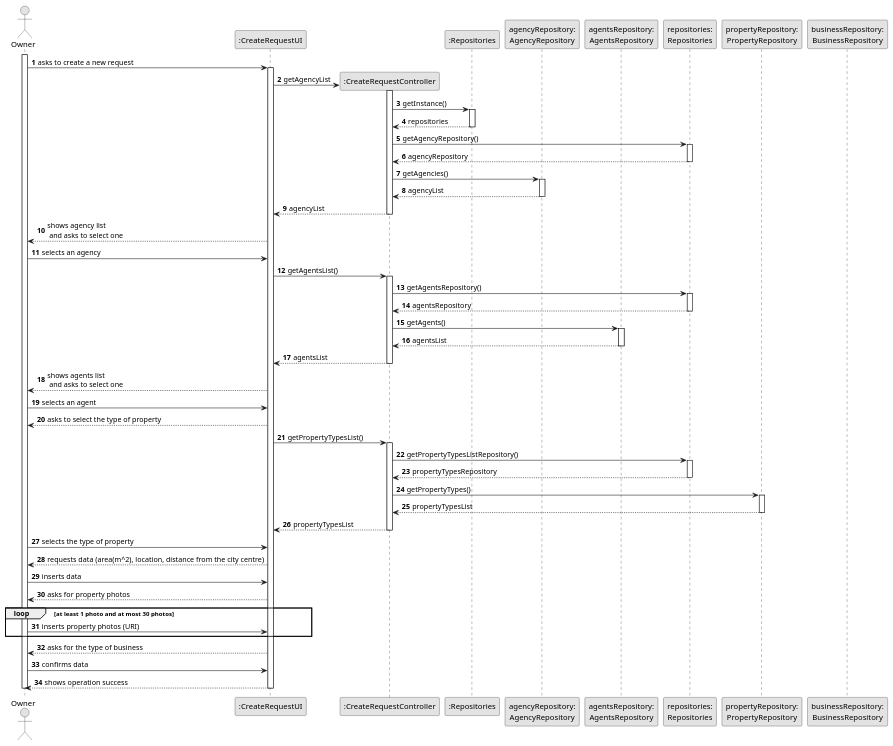
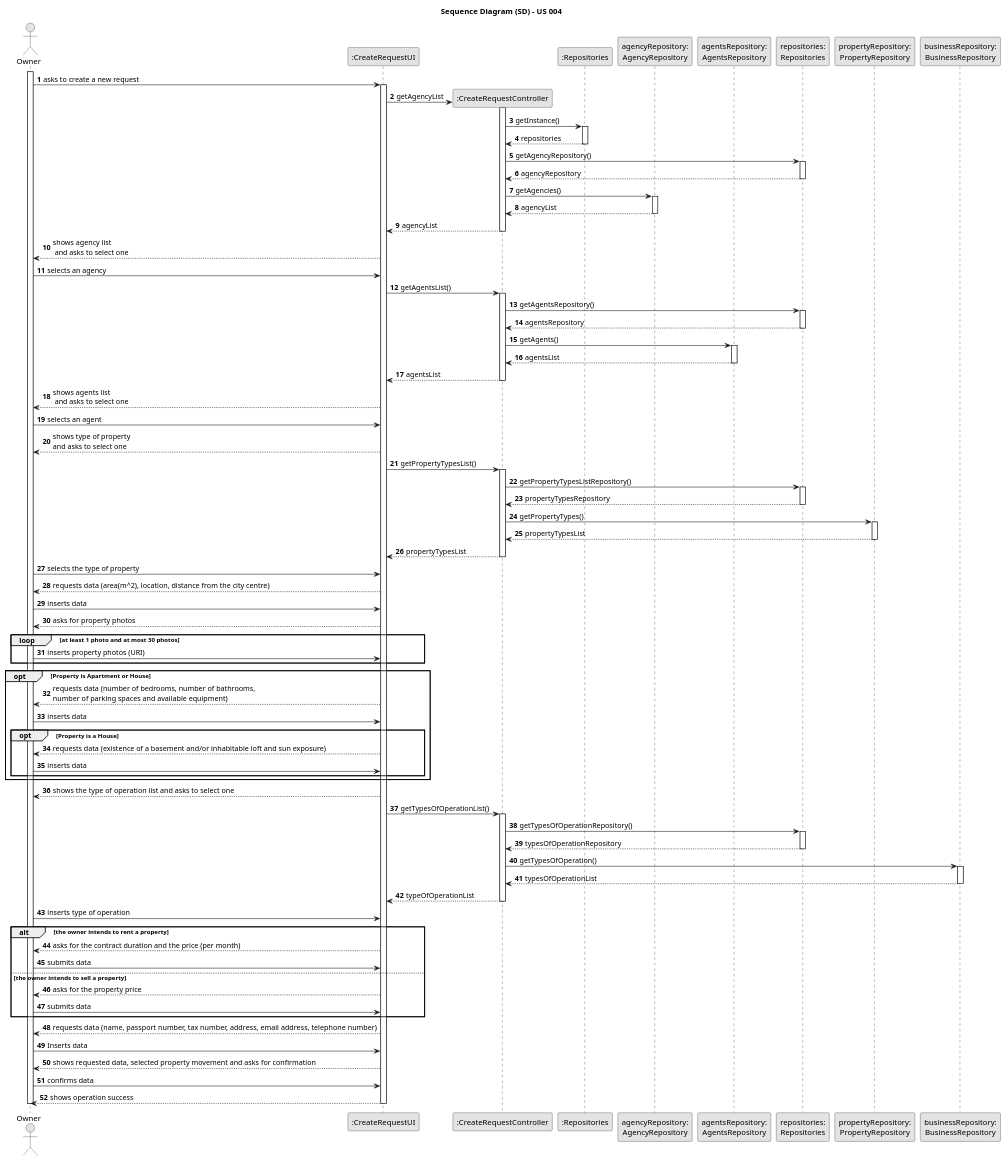
One commit to 1220812/LAPR2 changed the diagram in docs/sprintB/us004/03.design/puml/us004-sequence-diagram-full.puml. Above: the diagram before and after it, drawn with PlantUML.

Commit message:
Sequence diagram almost done - US 004

```diff
--- a/docs/sprintB/us004/03.design/puml/us004-sequence-diagram-full.puml
+++ b/docs/sprintB/us004/03.design/puml/us004-sequence-diagram-full.puml
@@ -1,139 +1,174 @@
 @startuml
 skinparam monochrome true
 skinparam packageStyle rectangle
 skinparam shadowing false
 
 autonumber
-
+title Sequence Diagram (SD) - US 004
 'hide footbox
 actor "Owner" as Owner
 participant ":CreateRequestUI" as UI
 participant ":CreateRequestController" as CTRL
 participant ":Repositories" as Repositories
 participant "repositories:\nRepositories" as RR
 participant "agencyRepository:\nAgencyRepository" as AgencyR
 participant "agentsRepository:\nAgentsRepository" as AgentR
 participant "requestRepository:\nAnnouncementRepository" as RR
 participant "propertyRepository:\nPropertyRepository" as PR
 participant "businessRepository:\nBusinessRepository" as BR
 
 activate Owner
 
         Owner -> UI : asks to create a new request
 
         activate UI
 
             UI -> CTRL** : getAgencyList
             activate CTRL
 
                 CTRL -> Repositories : getInstance()
                 activate Repositories
 
                     Repositories --> CTRL: repositories
                 deactivate Repositories
 
                 CTRL -> RR : getAgencyRepository()
                 activate RR
 
                     RR --> CTRL: agencyRepository
                 deactivate RR
 
                 CTRL ->  AgencyR : getAgencies()
                 activate AgencyR
 
                     AgencyR --> CTRL : agencyList
                 deactivate AgencyR
 
                 CTRL --> UI : agencyList
             deactivate CTRL
 
             UI --> Owner : shows agency list\n and asks to select one
 
             Owner -> UI : selects an agency
 
             UI -> CTRL : getAgentsList()
             activate CTRL
 
             CTRL -> RR : getAgentsRepository()
             activate RR
 
             RR --> CTRL : agentsRepository
 
             deactivate RR
 
             CTRL -> AgentR : getAgents()
             activate AgentR
 
             AgentR --> CTRL : agentsList
             deactivate AgentR
 
             CTRL --> UI : agentsList
             deactivate
 
             deactivate CTRL
 
             UI --> Owner : shows agents list \n and asks to select one
 
             Owner -> UI : selects an agent
 
-            UI --> Owner : asks to select the type of property
+            UI --> Owner : shows type of property \nand asks to select one
 
             UI -> CTRL : getPropertyTypesList()
             activate CTRL
 
             CTRL -> RR : getPropertyTypesListRepository()
             activate RR
 
             RR --> CTRL : propertyTypesRepository
             deactivate RR
 
             CTRL -> PR : getPropertyTypes()
             activate PR
 
             PR --> CTRL : propertyTypesList
             deactivate PR
             CTRL --> UI : propertyTypesList
             deactivate CTRL
 
             Owner -> UI : selects the type of property
 
             UI --> Owner : requests data (area(m^2), location, distance from the city centre)
 
             Owner -> UI : inserts data
 
             UI --> Owner : asks for property photos
 
             loop at least 1 photo and at most 30 photos
 
             Owner -> UI : inserts property photos (URI)
 
             end
-            UI --> Owner : asks for the type of business
 
 
+    opt Property is Apartment or House
 
+        UI --> Owner : requests data (number of bedrooms, number of bathrooms, \nnumber of parking spaces and available equipment)
 
+    Owner -> UI : inserts data
 
+    opt Property is a House
 
+         UI --> Owner : requests data (existence of a basement and/or inhabitable loft and sun exposure)
 
+    Owner -> UI : inserts data
 
+    end
 
+    end
 
+    UI --> Owner : shows the type of operation list and asks to select one
+    UI -> CTRL : getTypesOfOperationList()
+    activate CTRL
 
+    CTRL -> RR : getTypesOfOperationRepository()
+    activate RR
 
+    RR --> CTRL : typesOfOperationRepository
+    deactivate RR
 
+    CTRL -> BR : getTypesOfOperation()
+    activate BR
 
+    BR --> CTRL : typesOfOperationList
+    deactivate BR
 
+    CTRL --> UI : typeOfOperationList
+    deactivate CTRL
 
+    Owner -> UI : inserts type of operation
 
+    alt the owner intends to rent a property
 
+    UI --> Owner : asks for the contract duration and the price (per month)
 
+    Owner -> UI : submits data
 
+    else the owner intends to sell a property
+    UI --> Owner : asks for the property price
+
+    Owner -> UI : submits data
+
+    end
+          UI --> Owner : requests data (name, passport number, tax number, address, email address, telephone number)
+
+    Owner -> UI : Inserts data
+
+           UI --> Owner : shows requested data, selected property movement and asks for confirmation
 
             Owner -> UI : confirms data
             deactivate CTRL
             UI --> Owner: shows operation success
     deactivate UI
 
 deactivate Owner
 @enduml
```
